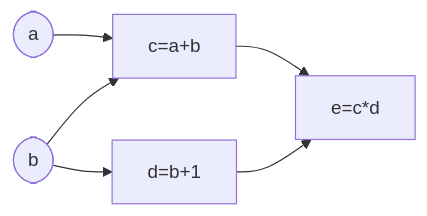
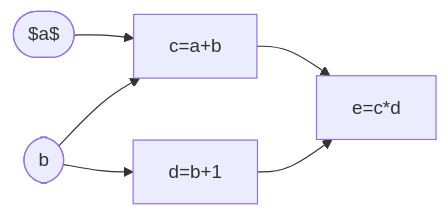
One commit to hwang2409/neenergrad changed the diagram in notes/backprop.md. Above: the diagram before and after it, drawn with Mermaid.

Commit message:
mermaid latex

````diff
--- a/notes/backprop.md
+++ b/notes/backprop.md
@@ -12,10 +12,10 @@
 ```mermaid
 flowchart LR
-A(["a"])
+A(["$a$"])
 B(["b"])
 A --> C["c=a+b"]
 B --> C
 B --> D["d=b+1"]
 C --> E["e=c*d"]
 D --> E
 ```
````
